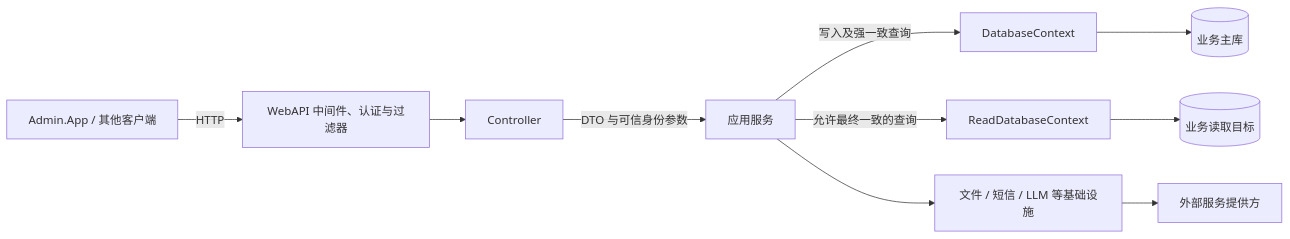
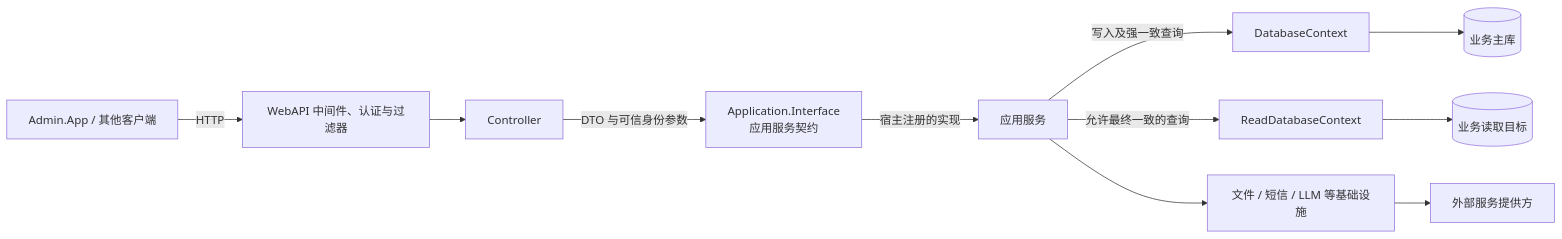
The second of 12 diagrams in Docs/ArchitectureDiagrams.md (dashiell-zhang/NetEngine), drawn with Mermaid before and after one commit. The commit also changed other lines of this file and 93 other files, not shown here.

````diff
--- a/Docs/ArchitectureDiagrams.md
+++ b/Docs/ArchitectureDiagrams.md
@@ -65,12 +68,13 @@
 ```mermaid
 flowchart LR
     UI["Admin.App / 其他客户端"] -->|HTTP| Pipeline["WebAPI 中间件、认证与过滤器"]
     Pipeline --> Controller["Controller"]
-    Controller -->|DTO 与可信身份参数| Service["应用服务"]
+    Controller -->|DTO 与可信身份参数| Contract["Application.Interface<br/>应用服务契约"]
+    Contract -->|宿主注册的实现| Service["应用服务"]
     Service -->|写入及强一致查询| Write["DatabaseContext"]
     Service -->|允许最终一致的查询| Read["ReadDatabaseContext"]
     Write --> Primary[("业务主库")]
     Read --> ReadTarget[("业务读取目标")]
     Service --> External["文件 / 短信 / LLM 等基础设施"]
     External --> Providers["外部服务提供方"]
 ```
````
